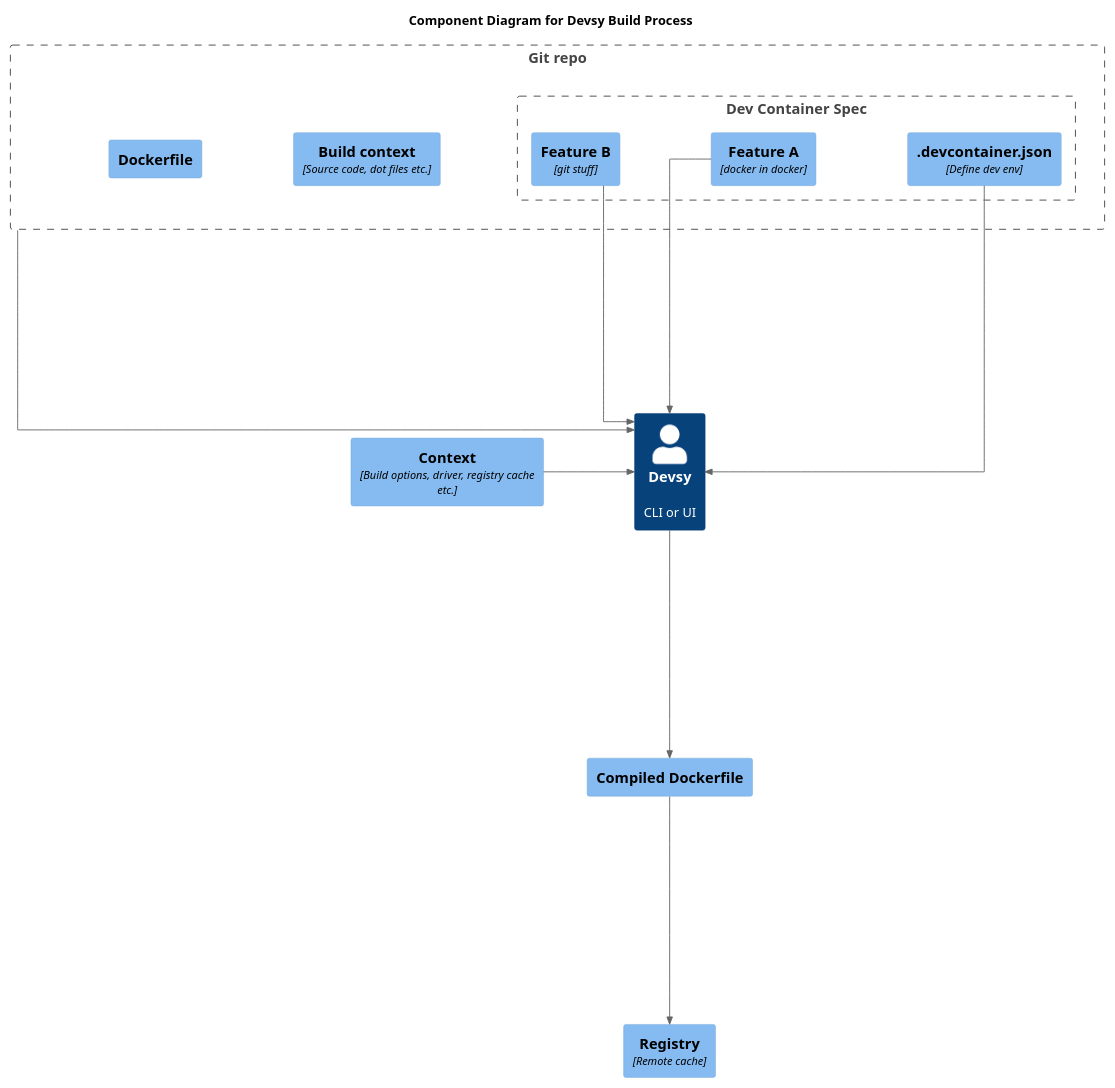
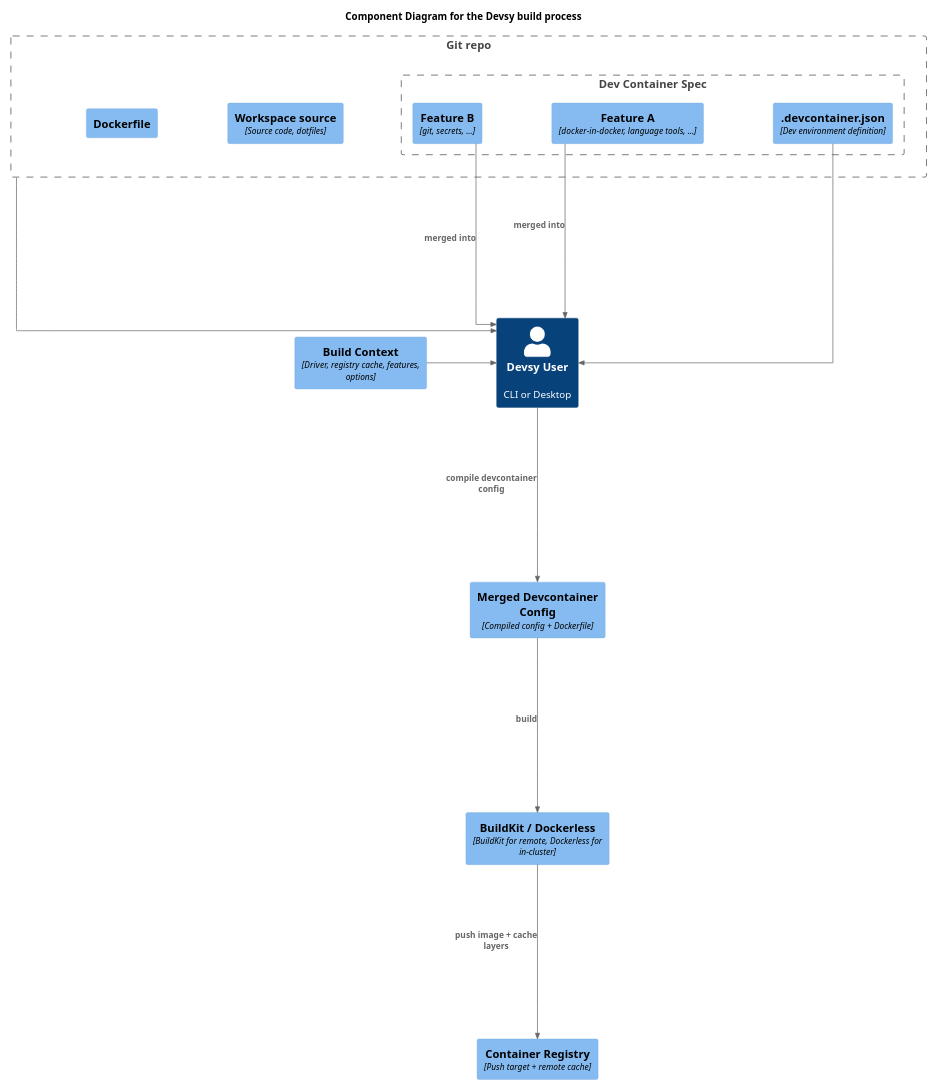
The diagram in docs/uml/c4_build.puml (devsy-org/devsy), drawn with PlantUML before and after one commit. The commit also changed 26 other files, not shown here.

First line of the commit message:
refactor: refresh architecture diagrams and scrub upstream loft nomenclature

```diff
--- a/docs/uml/c4_build.puml
+++ b/docs/uml/c4_build.puml
@@ -1,37 +1,39 @@
 @startuml
 !include https://raw.githubusercontent.com/plantuml-stdlib/C4-PlantUML/master/C4_Component.puml
 
 skinparam linetype ortho
 skinparam nodesep 100
 skinparam ranksep 250
 scale 1920x1080
 
 LAYOUT_TOP_DOWN()
 HIDE_STEREOTYPE()
 
-title Component Diagram for Devsy Build Process
+title Component Diagram for the Devsy build process
 
-Person(user, "Devsy", "CLI or UI")
-Component(reg, "Registry", "Remote cache")
-Component(ctx, "Context", "Build options, driver, registry cache etc.")
-Component(cdf, "Compiled Dockerfile", "")
+Person(user, "Devsy User", "CLI or Desktop")
+Component(reg, "Container Registry", "Push target + remote cache")
+Component(buildkit, "BuildKit / Dockerless", "BuildKit for remote, Dockerless for in-cluster")
+Component(ctx, "Build Context", "Driver, registry cache, features, options")
+Component(merged, "Merged Devcontainer Config", "Compiled config + Dockerfile")
 
 Boundary(repo, "Git repo") {
-  Component(bctx, "Build context", "Source code, dot files etc.")
+  Component(bctx, "Workspace source", "Source code, dotfiles")
   Component(df, "Dockerfile", "")
 
   Boundary(cluster, "Dev Container Spec") {
-    Component(dc, ".devcontainer.json", "Define dev env")
-    Component(fa, "Feature A", "docker in docker")
-    Component(fb, "Feature B", "git stuff")
+    Component(dc, ".devcontainer.json", "Dev environment definition")
+    Component(fa, "Feature A", "docker-in-docker, language tools, ...")
+    Component(fb, "Feature B", "git, secrets, ...")
   }
 }
 
 Rel(repo, user, "")
 Rel(dc, user, "")
-Rel(fa, user, "")
-Rel(fb, user, "")
+Rel(fa, user, "merged into")
+Rel(fb, user, "merged into")
 Rel_Right(ctx, user, "")
-Rel(user, cdf, "")
-Rel(cdf, reg, "")
+Rel(user, merged, "compile devcontainer config")
+Rel(merged, buildkit, "build")
+Rel(buildkit, reg, "push image + cache layers")
 @enduml
```
